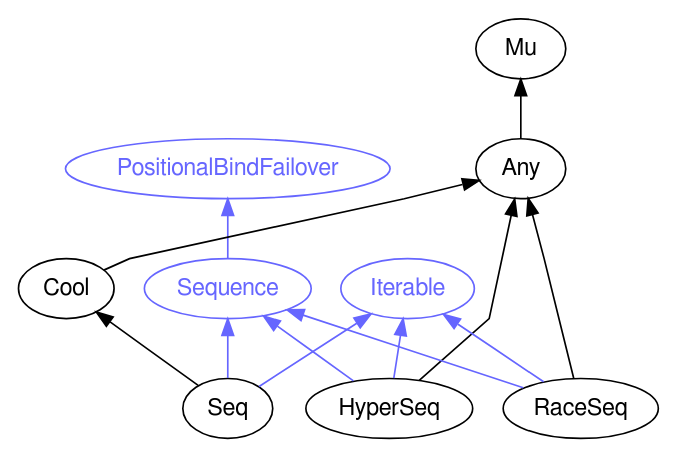
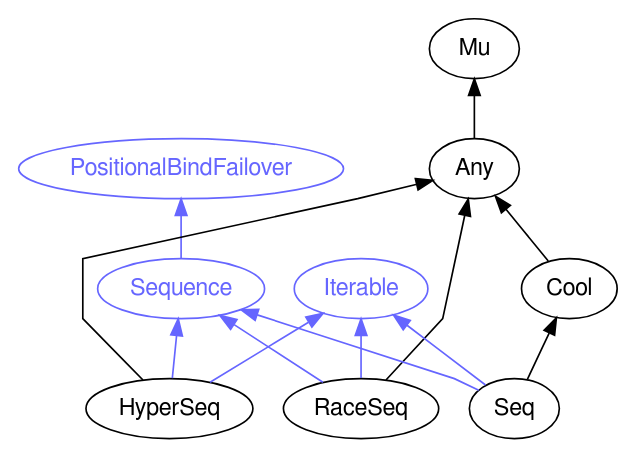
Before and after one commit to uzluisf/rakudoc: the diagram in images/type-graph-PositionalBindFailover.svg.dot, drawn with Graphviz. The commit also changed other lines of this file and 1890 other files, not shown here.

```diff
--- a/images/type-graph-PositionalBindFailover.svg.dot
+++ b/images/type-graph-PositionalBindFailover.svg.dot
@@ -1,31 +1,31 @@
 digraph "perl6-type-graph" {
     rankdir=BT;
     splines=polyline;
     overlap=false; 
     // Types
     "PositionalBindFailover" [color="#6666FF", fontcolor="#6666FF", href="/type/PositionalBindFailover", fontname="FreeSans"];
     "Sequence" [color="#6666FF", fontcolor="#6666FF", href="/type/Sequence", fontname="FreeSans"];
     "Mu" [color="#000000", fontcolor="#000000", href="/type/Mu", fontname="FreeSans"];
     "Any" [color="#000000", fontcolor="#000000", href="/type/Any", fontname="FreeSans"];
     "Iterable" [color="#6666FF", fontcolor="#6666FF", href="/type/Iterable", fontname="FreeSans"];
-    "HyperSeq" [color="#000000", fontcolor="#000000", href="/type/HyperSeq", fontname="FreeSans"];
     "RaceSeq" [color="#000000", fontcolor="#000000", href="/type/RaceSeq", fontname="FreeSans"];
     "Cool" [color="#000000", fontcolor="#000000", href="/type/Cool", fontname="FreeSans"];
     "Seq" [color="#000000", fontcolor="#000000", href="/type/Seq", fontname="FreeSans"];
+    "HyperSeq" [color="#000000", fontcolor="#000000", href="/type/HyperSeq", fontname="FreeSans"];
 
     // Superclasses
     "Any" -> "Mu" [color="#000000"];
-    "HyperSeq" -> "Any" [color="#000000"];
     "RaceSeq" -> "Any" [color="#000000"];
     "Cool" -> "Any" [color="#000000"];
     "Seq" -> "Cool" [color="#000000"];
+    "HyperSeq" -> "Any" [color="#000000"];
 
     // Roles
     "Sequence" -> "PositionalBindFailover" [color="#6666FF"];
-    "HyperSeq" -> "Iterable" [color="#6666FF"];
-    "HyperSeq" -> "Sequence" [color="#6666FF"];
     "RaceSeq" -> "Iterable" [color="#6666FF"];
     "RaceSeq" -> "Sequence" [color="#6666FF"];
     "Seq" -> "Iterable" [color="#6666FF"];
     "Seq" -> "Sequence" [color="#6666FF"];
+    "HyperSeq" -> "Iterable" [color="#6666FF"];
+    "HyperSeq" -> "Sequence" [color="#6666FF"];
 }
```
